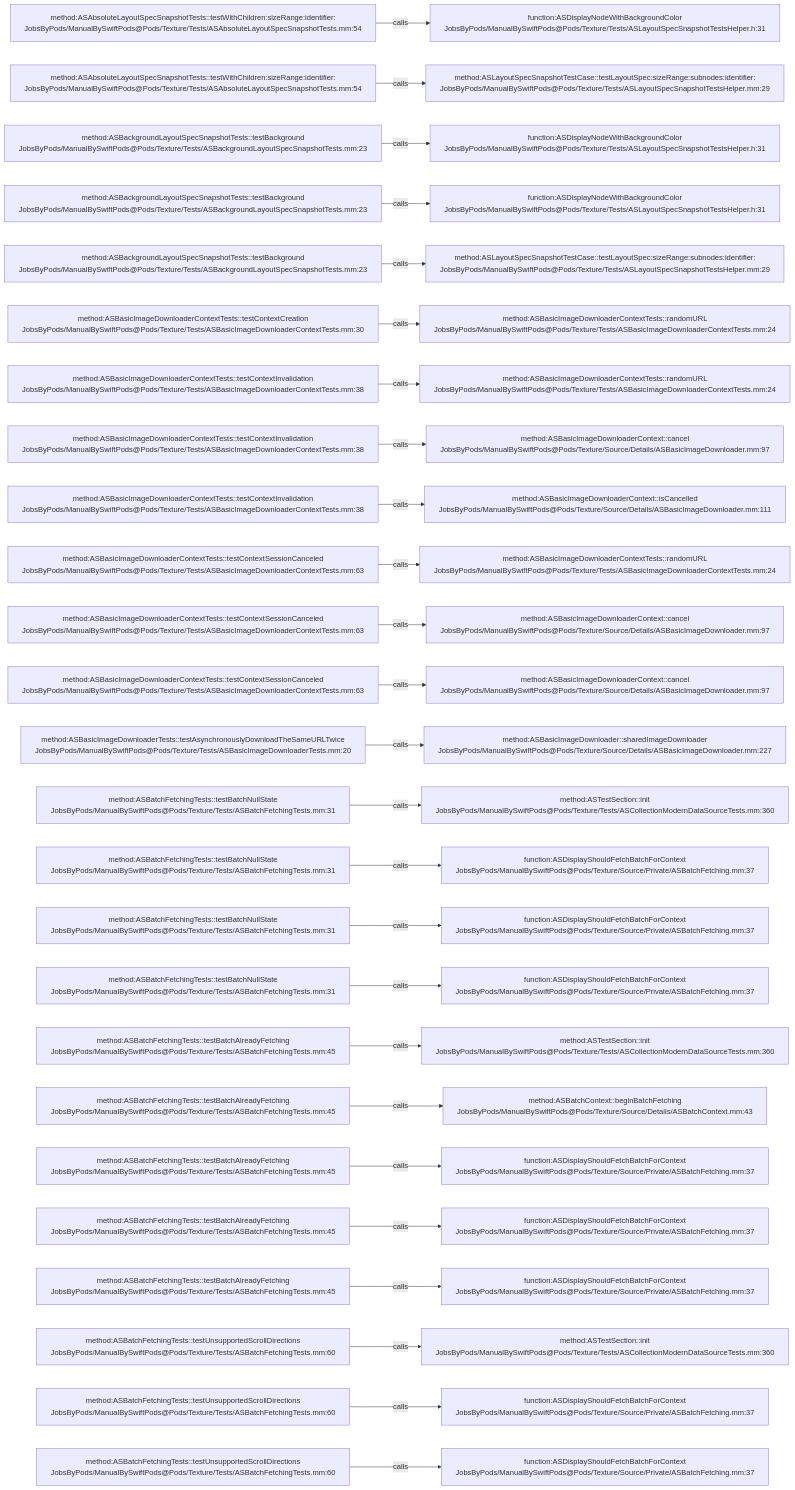
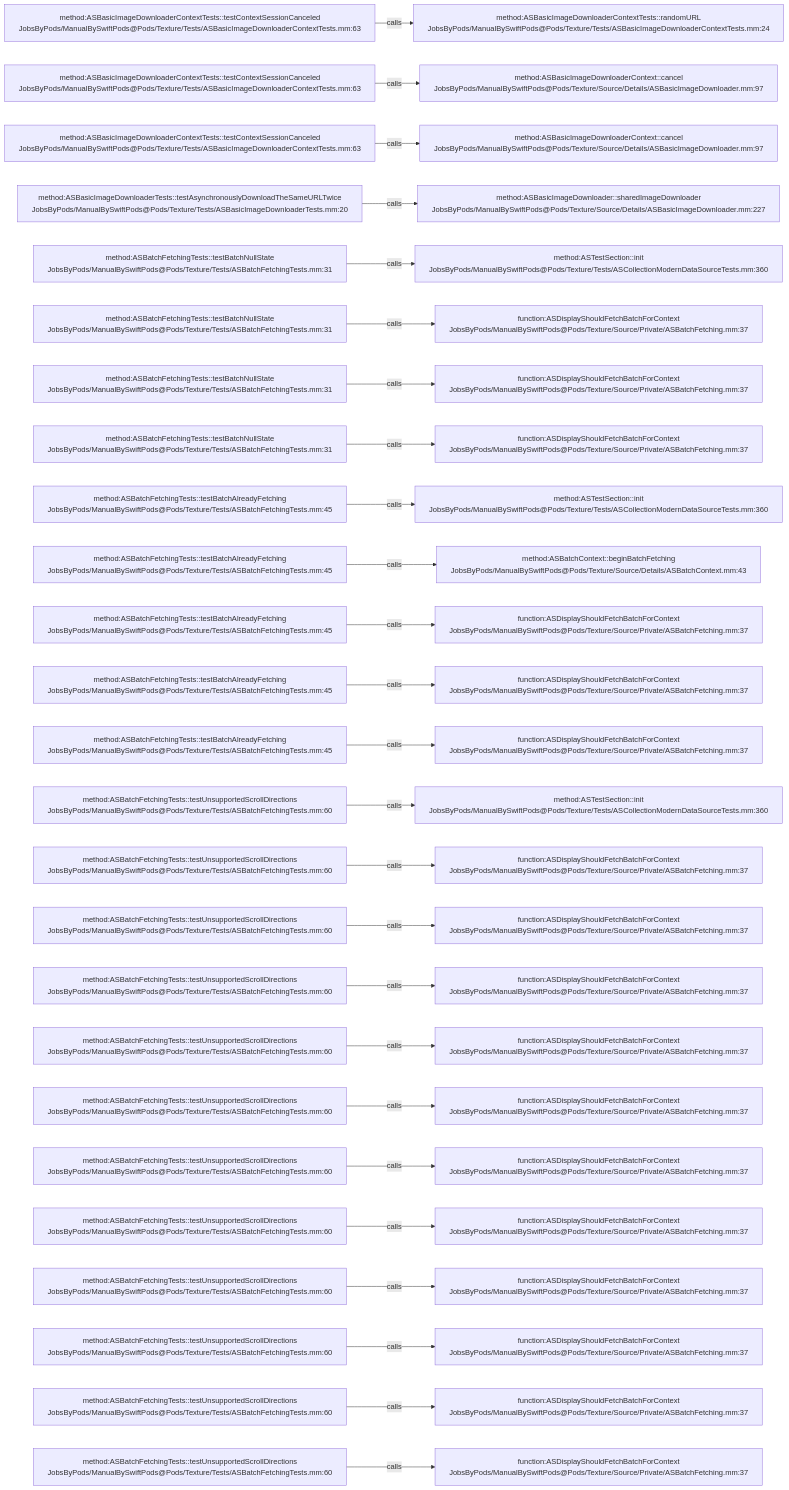
Before and after one commit to JobsKits/JobsSwiftBaseConfigDemo: the diagram in .codegraph/codegraph.md/graphs/calls-161.md, drawn with Mermaid. The commit also changed 707 other files, not shown here.

````diff
--- a/.codegraph/codegraph.md/graphs/calls-161.md
+++ b/.codegraph/codegraph.md/graphs/calls-161.md
@@ -13,78 +13,78 @@
 ```mermaid
 flowchart LR
-  S1["method:ASAbsoluteLayoutSpecSnapshotTests::testWithChildren:sizeRange:identifier:<br/>JobsByPods/ManualBySwiftPods@Pods/Texture/Tests/ASAbsoluteLayoutSpecSnapshotTests.mm:54"]
-  T1["function:ASDisplayNodeWithBackgroundColor<br/>JobsByPods/ManualBySwiftPods@Pods/Texture/Tests/ASLayoutSpecSnapshotTestsHelper.h:31"]
+  S1["method:ASBasicImageDownloaderContextTests::testContextSessionCanceled<br/>JobsByPods/ManualBySwiftPods@Pods/Texture/Tests/ASBasicImageDownloaderContextTests.mm:63"]
+  T1["method:ASBasicImageDownloaderContextTests::randomURL<br/>JobsByPods/ManualBySwiftPods@Pods/Texture/Tests/ASBasicImageDownloaderContextTests.mm:24"]
   S1 -->|calls| T1
-  S2["method:ASAbsoluteLayoutSpecSnapshotTests::testWithChildren:sizeRange:identifier:<br/>JobsByPods/ManualBySwiftPods@Pods/Texture/Tests/ASAbsoluteLayoutSpecSnapshotTests.mm:54"]
-  T2["method:ASLayoutSpecSnapshotTestCase::testLayoutSpec:sizeRange:subnodes:identifier:<br/>JobsByPods/ManualBySwiftPods@Pods/Texture/Tests/ASLayoutSpecSnapshotTestsHelper.mm:29"]
+  S2["method:ASBasicImageDownloaderContextTests::testContextSessionCanceled<br/>JobsByPods/ManualBySwiftPods@Pods/Texture/Tests/ASBasicImageDownloaderContextTests.mm:63"]
+  T2["method:ASBasicImageDownloaderContext::cancel<br/>JobsByPods/ManualBySwiftPods@Pods/Texture/Source/Details/ASBasicImageDownloader.mm:97"]
   S2 -->|calls| T2
-  S3["method:ASBackgroundLayoutSpecSnapshotTests::testBackground<br/>JobsByPods/ManualBySwiftPods@Pods/Texture/Tests/ASBackgroundLayoutSpecSnapshotTests.mm:23"]
-  T3["function:ASDisplayNodeWithBackgroundColor<br/>JobsByPods/ManualBySwiftPods@Pods/Texture/Tests/ASLayoutSpecSnapshotTestsHelper.h:31"]
+  S3["method:ASBasicImageDownloaderContextTests::testContextSessionCanceled<br/>JobsByPods/ManualBySwiftPods@Pods/Texture/Tests/ASBasicImageDownloaderContextTests.mm:63"]
+  T3["method:ASBasicImageDownloaderContext::cancel<br/>JobsByPods/ManualBySwiftPods@Pods/Texture/Source/Details/ASBasicImageDownloader.mm:97"]
   S3 -->|calls| T3
-  S4["method:ASBackgroundLayoutSpecSnapshotTests::testBackground<br/>JobsByPods/ManualBySwiftPods@Pods/Texture/Tests/ASBackgroundLayoutSpecSnapshotTests.mm:23"]
-  T4["function:ASDisplayNodeWithBackgroundColor<br/>JobsByPods/ManualBySwiftPods@Pods/Texture/Tests/ASLayoutSpecSnapshotTestsHelper.h:31"]
+  S4["method:ASBasicImageDownloaderTests::testAsynchronouslyDownloadTheSameURLTwice<br/>JobsByPods/ManualBySwiftPods@Pods/Texture/Tests/ASBasicImageDownloaderTests.mm:20"]
+  T4["method:ASBasicImageDownloader::sharedImageDownloader<br/>JobsByPods/ManualBySwiftPods@Pods/Texture/Source/Details/ASBasicImageDownloader.mm:227"]
   S4 -->|calls| T4
-  S5["method:ASBackgroundLayoutSpecSnapshotTests::testBackground<br/>JobsByPods/ManualBySwiftPods@Pods/Texture/Tests/ASBackgroundLayoutSpecSnapshotTests.mm:23"]
-  T5["method:ASLayoutSpecSnapshotTestCase::testLayoutSpec:sizeRange:subnodes:identifier:<br/>JobsByPods/ManualBySwiftPods@Pods/Texture/Tests/ASLayoutSpecSnapshotTestsHelper.mm:29"]
+  S5["method:ASBatchFetchingTests::testBatchNullState<br/>JobsByPods/ManualBySwiftPods@Pods/Texture/Tests/ASBatchFetchingTests.mm:31"]
+  T5["method:ASTestSection::init<br/>JobsByPods/ManualBySwiftPods@Pods/Texture/Tests/ASCollectionModernDataSourceTests.mm:360"]
   S5 -->|calls| T5
-  S6["method:ASBasicImageDownloaderContextTests::testContextCreation<br/>JobsByPods/ManualBySwiftPods@Pods/Texture/Tests/ASBasicImageDownloaderContextTests.mm:30"]
-  T6["method:ASBasicImageDownloaderContextTests::randomURL<br/>JobsByPods/ManualBySwiftPods@Pods/Texture/Tests/ASBasicImageDownloaderContextTests.mm:24"]
+  S6["method:ASBatchFetchingTests::testBatchNullState<br/>JobsByPods/ManualBySwiftPods@Pods/Texture/Tests/ASBatchFetchingTests.mm:31"]
+  T6["function:ASDisplayShouldFetchBatchForContext<br/>JobsByPods/ManualBySwiftPods@Pods/Texture/Source/Private/ASBatchFetching.mm:37"]
   S6 -->|calls| T6
-  S7["method:ASBasicImageDownloaderContextTests::testContextInvalidation<br/>JobsByPods/ManualBySwiftPods@Pods/Texture/Tests/ASBasicImageDownloaderContextTests.mm:38"]
-  T7["method:ASBasicImageDownloaderContextTests::randomURL<br/>JobsByPods/ManualBySwiftPods@Pods/Texture/Tests/ASBasicImageDownloaderContextTests.mm:24"]
+  S7["method:ASBatchFetchingTests::testBatchNullState<br/>JobsByPods/ManualBySwiftPods@Pods/Texture/Tests/ASBatchFetchingTests.mm:31"]
+  T7["function:ASDisplayShouldFetchBatchForContext<br/>JobsByPods/ManualBySwiftPods@Pods/Texture/Source/Private/ASBatchFetching.mm:37"]
   S7 -->|calls| T7
-  S8["method:ASBasicImageDownloaderContextTests::testContextInvalidation<br/>JobsByPods/ManualBySwiftPods@Pods/Texture/Tests/ASBasicImageDownloaderContextTests.mm:38"]
-  T8["method:ASBasicImageDownloaderContext::cancel<br/>JobsByPods/ManualBySwiftPods@Pods/Texture/Source/Details/ASBasicImageDownloader.mm:97"]
+  S8["method:ASBatchFetchingTests::testBatchNullState<br/>JobsByPods/ManualBySwiftPods@Pods/Texture/Tests/ASBatchFetchingTests.mm:31"]
+  T8["function:ASDisplayShouldFetchBatchForContext<br/>JobsByPods/ManualBySwiftPods@Pods/Texture/Source/Private/ASBatchFetching.mm:37"]
   S8 -->|calls| T8
-  S9["method:ASBasicImageDownloaderContextTests::testContextInvalidation<br/>JobsByPods/ManualBySwiftPods@Pods/Texture/Tests/ASBasicImageDownloaderContextTests.mm:38"]
-  T9["method:ASBasicImageDownloaderContext::isCancelled<br/>JobsByPods/ManualBySwiftPods@Pods/Texture/Source/Details/ASBasicImageDownloader.mm:111"]
+  S9["method:ASBatchFetchingTests::testBatchAlreadyFetching<br/>JobsByPods/ManualBySwiftPods@Pods/Texture/Tests/ASBatchFetchingTests.mm:45"]
+  T9["method:ASTestSection::init<br/>JobsByPods/ManualBySwiftPods@Pods/Texture/Tests/ASCollectionModernDataSourceTests.mm:360"]
   S9 -->|calls| T9
-  S10["method:ASBasicImageDownloaderContextTests::testContextSessionCanceled<br/>JobsByPods/ManualBySwiftPods@Pods/Texture/Tests/ASBasicImageDownloaderContextTests.mm:63"]
-  T10["method:ASBasicImageDownloaderContextTests::randomURL<br/>JobsByPods/ManualBySwiftPods@Pods/Texture/Tests/ASBasicImageDownloaderContextTests.mm:24"]
+  S10["method:ASBatchFetchingTests::testBatchAlreadyFetching<br/>JobsByPods/ManualBySwiftPods@Pods/Texture/Tests/ASBatchFetchingTests.mm:45"]
+  T10["method:ASBatchContext::beginBatchFetching<br/>JobsByPods/ManualBySwiftPods@Pods/Texture/Source/Details/ASBatchContext.mm:43"]
   S10 -->|calls| T10
-  S11["method:ASBasicImageDownloaderContextTests::testContextSessionCanceled<br/>JobsByPods/ManualBySwiftPods@Pods/Texture/Tests/ASBasicImageDownloaderContextTests.mm:63"]
-  T11["method:ASBasicImageDownloaderContext::cancel<br/>JobsByPods/ManualBySwiftPods@Pods/Texture/Source/Details/ASBasicImageDownloader.mm:97"]
+  S11["method:ASBatchFetchingTests::testBatchAlreadyFetching<br/>JobsByPods/ManualBySwiftPods@Pods/Texture/Tests/ASBatchFetchingTests.mm:45"]
+  T11["function:ASDisplayShouldFetchBatchForContext<br/>JobsByPods/ManualBySwiftPods@Pods/Texture/Source/Private/ASBatchFetching.mm:37"]
   S11 -->|calls| T11
-  S12["method:ASBasicImageDownloaderContextTests::testContextSessionCanceled<br/>JobsByPods/ManualBySwiftPods@Pods/Texture/Tests/ASBasicImageDownloaderContextTests.mm:63"]
-  T12["method:ASBasicImageDownloaderContext::cancel<br/>JobsByPods/ManualBySwiftPods@Pods/Texture/Source/Details/ASBasicImageDownloader.mm:97"]
+  S12["method:ASBatchFetchingTests::testBatchAlreadyFetching<br/>JobsByPods/ManualBySwiftPods@Pods/Texture/Tests/ASBatchFetchingTests.mm:45"]
+  T12["function:ASDisplayShouldFetchBatchForContext<br/>JobsByPods/ManualBySwiftPods@Pods/Texture/Source/Private/ASBatchFetching.mm:37"]
   S12 -->|calls| T12
-  S13["method:ASBasicImageDownloaderTests::testAsynchronouslyDownloadTheSameURLTwice<br/>JobsByPods/ManualBySwiftPods@Pods/Texture/Tests/ASBasicImageDownloaderTests.mm:20"]
-  T13["method:ASBasicImageDownloader::sharedImageDownloader<br/>JobsByPods/ManualBySwiftPods@Pods/Texture/Source/Details/ASBasicImageDownloader.mm:227"]
+  S13["method:ASBatchFetchingTests::testBatchAlreadyFetching<br/>JobsByPods/ManualBySwiftPods@Pods/Texture/Tests/ASBatchFetchingTests.mm:45"]
+  T13["function:ASDisplayShouldFetchBatchForContext<br/>JobsByPods/ManualBySwiftPods@Pods/Texture/Source/Private/ASBatchFetching.mm:37"]
   S13 -->|calls| T13
-  S14["method:ASBatchFetchingTests::testBatchNullState<br/>JobsByPods/ManualBySwiftPods@Pods/Texture/Tests/ASBatchFetchingTests.mm:31"]
+  S14["method:ASBatchFetchingTests::testUnsupportedScrollDirections<br/>JobsByPods/ManualBySwiftPods@Pods/Texture/Tests/ASBatchFetchingTests.mm:60"]
   T14["method:ASTestSection::init<br/>JobsByPods/ManualBySwiftPods@Pods/Texture/Tests/ASCollectionModernDataSourceTests.mm:360"]
   S14 -->|calls| T14
-  S15["method:ASBatchFetchingTests::testBatchNullState<br/>JobsByPods/ManualBySwiftPods@Pods/Texture/Tests/ASBatchFetchingTests.mm:31"]
+  S15["method:ASBatchFetchingTests::testUnsupportedScrollDirections<br/>JobsByPods/ManualBySwiftPods@Pods/Texture/Tests/ASBatchFetchingTests.mm:60"]
   T15["function:ASDisplayShouldFetchBatchForContext<br/>JobsByPods/ManualBySwiftPods@Pods/Texture/Source/Private/ASBatchFetching.mm:37"]
   S15 -->|calls| T15
-  S16["method:ASBatchFetchingTests::testBatchNullState<br/>JobsByPods/ManualBySwiftPods@Pods/Texture/Tests/ASBatchFetchingTests.mm:31"]
+  S16["method:ASBatchFetchingTests::testUnsupportedScrollDirections<br/>JobsByPods/ManualBySwiftPods@Pods/Texture/Tests/ASBatchFetchingTests.mm:60"]
   T16["function:ASDisplayShouldFetchBatchForContext<br/>JobsByPods/ManualBySwiftPods@Pods/Texture/Source/Private/ASBatchFetching.mm:37"]
   S16 -->|calls| T16
-  S17["method:ASBatchFetchingTests::testBatchNullState<br/>JobsByPods/ManualBySwiftPods@Pods/Texture/Tests/ASBatchFetchingTests.mm:31"]
+  S17["method:ASBatchFetchingTests::testUnsupportedScrollDirections<br/>JobsByPods/ManualBySwiftPods@Pods/Texture/Tests/ASBatchFetchingTests.mm:60"]
   T17["function:ASDisplayShouldFetchBatchForContext<br/>JobsByPods/ManualBySwiftPods@Pods/Texture/Source/Private/ASBatchFetching.mm:37"]
   S17 -->|calls| T17
-  S18["method:ASBatchFetchingTests::testBatchAlreadyFetching<br/>JobsByPods/ManualBySwiftPods@Pods/Texture/Tests/ASBatchFetchingTests.mm:45"]
-  T18["method:ASTestSection::init<br/>JobsByPods/ManualBySwiftPods@Pods/Texture/Tests/ASCollectionModernDataSourceTests.mm:360"]
+  S18["method:ASBatchFetchingTests::testUnsupportedScrollDirections<br/>JobsByPods/ManualBySwiftPods@Pods/Texture/Tests/ASBatchFetchingTests.mm:60"]
+  T18["function:ASDisplayShouldFetchBatchForContext<br/>JobsByPods/ManualBySwiftPods@Pods/Texture/Source/Private/ASBatchFetching.mm:37"]
   S18 -->|calls| T18
-  S19["method:ASBatchFetchingTests::testBatchAlreadyFetching<br/>JobsByPods/ManualBySwiftPods@Pods/Texture/Tests/ASBatchFetchingTests.mm:45"]
-  T19["method:ASBatchContext::beginBatchFetching<br/>JobsByPods/ManualBySwiftPods@Pods/Texture/Source/Details/ASBatchContext.mm:43"]
+  S19["method:ASBatchFetchingTests::testUnsupportedScrollDirections<br/>JobsByPods/ManualBySwiftPods@Pods/Texture/Tests/ASBatchFetchingTests.mm:60"]
+  T19["function:ASDisplayShouldFetchBatchForContext<br/>JobsByPods/ManualBySwiftPods@Pods/Texture/Source/Private/ASBatchFetching.mm:37"]
   S19 -->|calls| T19
-  S20["method:ASBatchFetchingTests::testBatchAlreadyFetching<br/>JobsByPods/ManualBySwiftPods@Pods/Texture/Tests/ASBatchFetchingTests.mm:45"]
+  S20["method:ASBatchFetchingTests::testUnsupportedScrollDirections<br/>JobsByPods/ManualBySwiftPods@Pods/Texture/Tests/ASBatchFetchingTests.mm:60"]
   T20["function:ASDisplayShouldFetchBatchForContext<br/>JobsByPods/ManualBySwiftPods@Pods/Texture/Source/Private/ASBatchFetching.mm:37"]
   S20 -->|calls| T20
-  S21["method:ASBatchFetchingTests::testBatchAlreadyFetching<br/>JobsByPods/ManualBySwiftPods@Pods/Texture/Tests/ASBatchFetchingTests.mm:45"]
+  S21["method:ASBatchFetchingTests::testUnsupportedScrollDirections<br/>JobsByPods/ManualBySwiftPods@Pods/Texture/Tests/ASBatchFetchingTests.mm:60"]
   T21["function:ASDisplayShouldFetchBatchForContext<br/>JobsByPods/ManualBySwiftPods@Pods/Texture/Source/Private/ASBatchFetching.mm:37"]
   S21 -->|calls| T21
-  S22["method:ASBatchFetchingTests::testBatchAlreadyFetching<br/>JobsByPods/ManualBySwiftPods@Pods/Texture/Tests/ASBatchFetchingTests.mm:45"]
+  S22["method:ASBatchFetchingTests::testUnsupportedScrollDirections<br/>JobsByPods/ManualBySwiftPods@Pods/Texture/Tests/ASBatchFetchingTests.mm:60"]
   T22["function:ASDisplayShouldFetchBatchForContext<br/>JobsByPods/ManualBySwiftPods@Pods/Texture/Source/Private/ASBatchFetching.mm:37"]
   S22 -->|calls| T22
   S23["method:ASBatchFetchingTests::testUnsupportedScrollDirections<br/>JobsByPods/ManualBySwiftPods@Pods/Texture/Tests/ASBatchFetchingTests.mm:60"]
-  T23["method:ASTestSection::init<br/>JobsByPods/ManualBySwiftPods@Pods/Texture/Tests/ASCollectionModernDataSourceTests.mm:360"]
+  T23["function:ASDisplayShouldFetchBatchForContext<br/>JobsByPods/ManualBySwiftPods@Pods/Texture/Source/Private/ASBatchFetching.mm:37"]
   S23 -->|calls| T23
   S24["method:ASBatchFetchingTests::testUnsupportedScrollDirections<br/>JobsByPods/ManualBySwiftPods@Pods/Texture/Tests/ASBatchFetchingTests.mm:60"]
   T24["function:ASDisplayShouldFetchBatchForContext<br/>JobsByPods/ManualBySwiftPods@Pods/Texture/Source/Private/ASBatchFetching.mm:37"]
   S24 -->|calls| T24
   S25["method:ASBatchFetchingTests::testUnsupportedScrollDirections<br/>JobsByPods/ManualBySwiftPods@Pods/Texture/Tests/ASBatchFetchingTests.mm:60"]
   T25["function:ASDisplayShouldFetchBatchForContext<br/>JobsByPods/ManualBySwiftPods@Pods/Texture/Source/Private/ASBatchFetching.mm:37"]
   S25 -->|calls| T25
 ```
````
